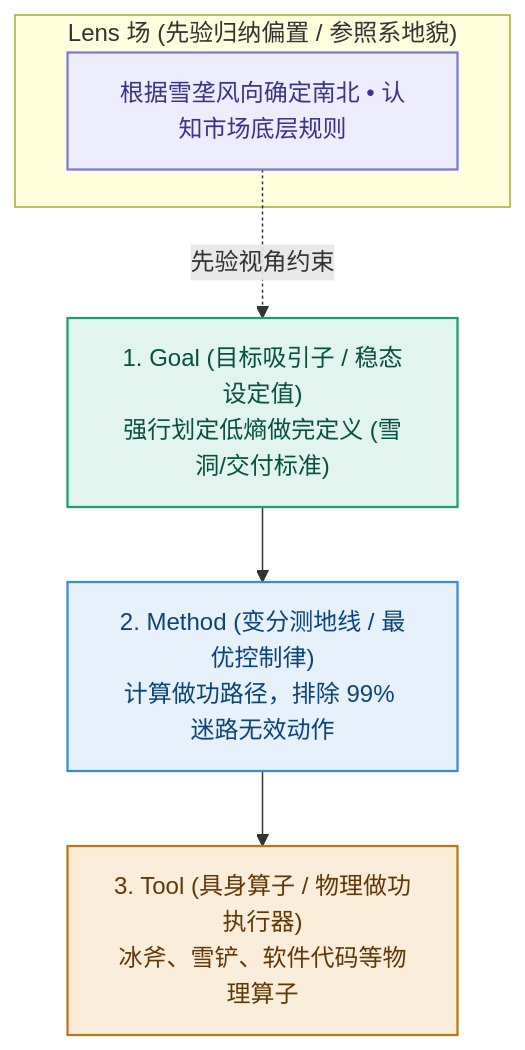
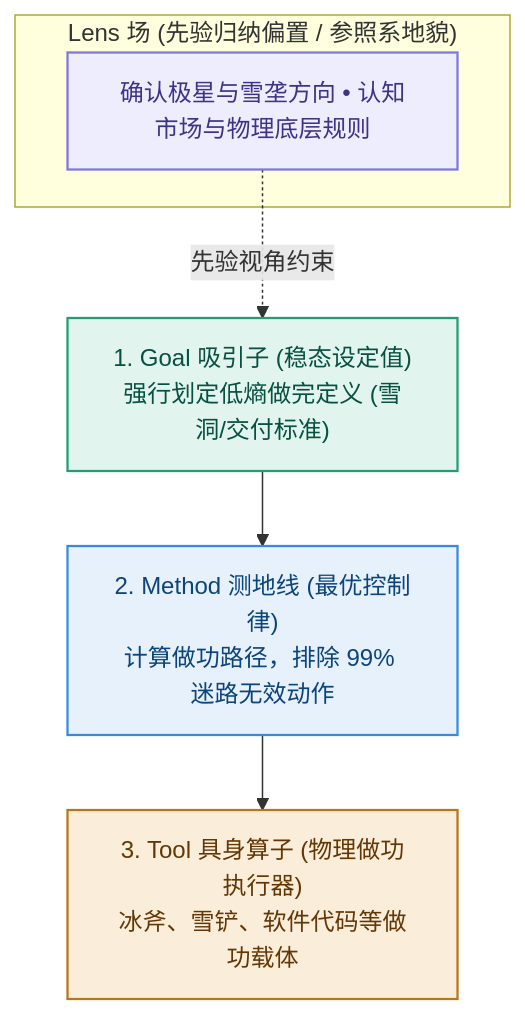
The second of 2 diagrams in outputs/book/02_第02章_秩序的物理学_暴风雪中的求生骨架.md (hongyangchun/lgmt-book), drawn with Mermaid before and after one commit. The commit also changed other lines of this file and 3986 other files, not shown here.

````diff
--- a/outputs/book/02_第02章_秩序的物理学_暴风雪中的求生骨架.md
+++ b/outputs/book/02_第02章_秩序的物理学_暴风雪中的求生骨架.md
@@ -79,26 +215,26 @@
 ```mermaid
 flowchart TD
-    %% FIG-02-CYBERNETICS: LGMT “1 场 + 3 节点”物理降熵拓扑
+    %% FIG-02-TOPOLOGY: LGMT “1 场 + 3 节点”物理降熵拓扑结构
     classDef lensStyle fill:#EEEDFE,stroke:#7F77DD,stroke-width:1.5px,color:#3C3489;
     classDef goalStyle fill:#E1F5EE,stroke:#1D9E75,stroke-width:1.5px,color:#085041;
     classDef methodStyle fill:#E6F1FB,stroke:#378ADD,stroke-width:1.5px,color:#0C447C;
     classDef toolStyle fill:#FAEEDA,stroke:#BA7517,stroke-width:1.5px,color:#633806;
 
     subgraph LensEnv["Lens 场 (先验归纳偏置 / 参照系地貌)"]
-        L["根据雪垄风向确定南北 • 认知市场底层规则"]
+        L["确认极星与雪垄方向 • 认知市场与物理底层规则"]
     end
     class L lensStyle;
 
-    G["1. Goal (目标吸引子 / 稳态设定值)<br/>强行划定低熵做完定义 (雪洞/交付标准)"]
+    G["1. Goal 吸引子 (稳态设定值)<br/>强行划定低熵做完定义 (雪洞/交付标准)"]
     class G goalStyle;
 
-    M["2. Method (变分测地线 / 最优控制律)<br/>计算做功路径，排除 99% 迷路无效动作"]
+    M["2. Method 测地线 (最优控制律)<br/>计算做功路径，排除 99% 迷路无效动作"]
     class M methodStyle;
 
-    T["3. Tool (具身算子 / 物理做功执行器)<br/>冰斧、雪铲、软件代码等物理算子"]
+    T["3. Tool 具身算子 (物理做功执行器)<br/>冰斧、雪铲、软件代码等做功载体"]
     class T toolStyle;
 
     L -.->|先验视角约束| G
     G --> M
     M --> T
 ```
````
